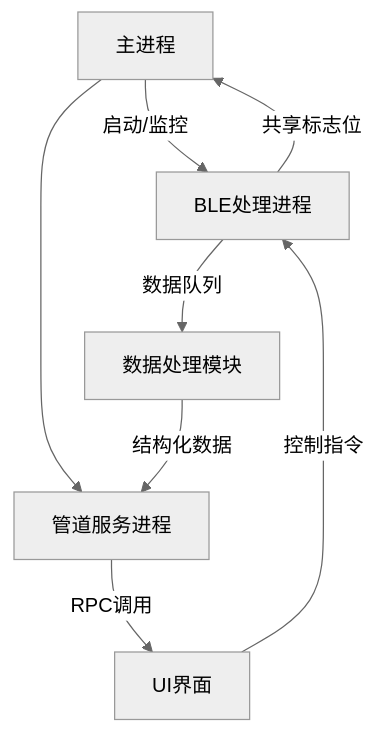
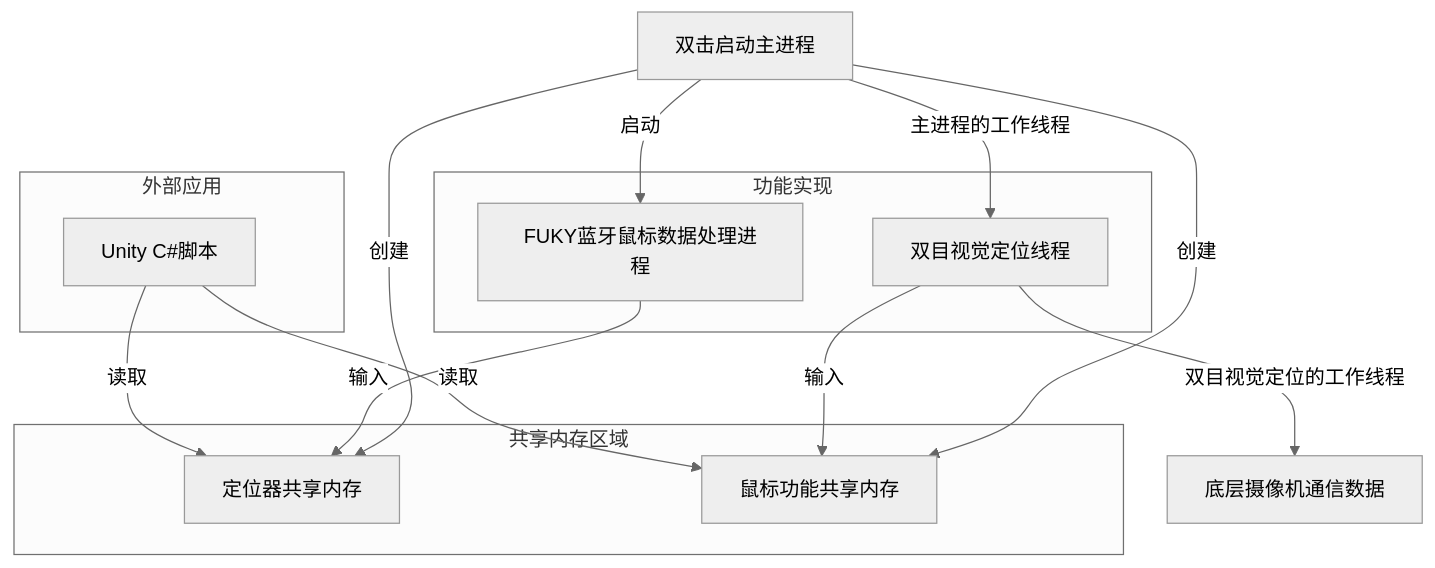
The first of 2 diagrams in ReadMe.md (FUKY-UX/FUKY_VerySoftWheel), drawn with Mermaid (neutral theme) before and after one commit. The commit also changed other lines of this file, not shown here.

````diff
--- a/ReadMe.md
+++ b/ReadMe.md
@@ -76,10 +82,22 @@
 ```mermaid
 graph TD
-    A[主进程] -->|启动/监控| B[BLE处理进程]
-    A --> C[管道服务进程]
-    B -->|共享标志位| A
-    B -->|数据队列| D[数据处理模块]
-    C -->|RPC调用| E[UI界面]
-    D -->|结构化数据| C
-    E -->|控制指令| B
+    A[双击启动主进程] -->|启动| B[FUKY蓝牙鼠标数据处理进程]
+    A -->|主进程的工作线程| C[双目视觉定位线程]
+    A -->|创建| F[定位器共享内存]
+    A -->|创建| E[鼠标功能共享内存]
+    C -->|双目视觉定位的工作线程| D[底层摄像机通信数据]
+    B -->|输入| F[定位器共享内存]
+    C -->|输入| E[鼠标功能共享内存]
+    subgraph 共享内存区域
+        E[鼠标功能共享内存]
+        F[定位器共享内存]
+    end
+    subgraph 功能实现
+        B[FUKY蓝牙鼠标数据处理进程]
+        C[双目视觉定位线程]
+    end
+    subgraph 外部应用
+    H[Unity C#脚本] -->|读取| F[定位器共享内存]
+    H[Unity C#脚本] -->|读取| E[鼠标功能共享内存]
+    end
 ```
````
